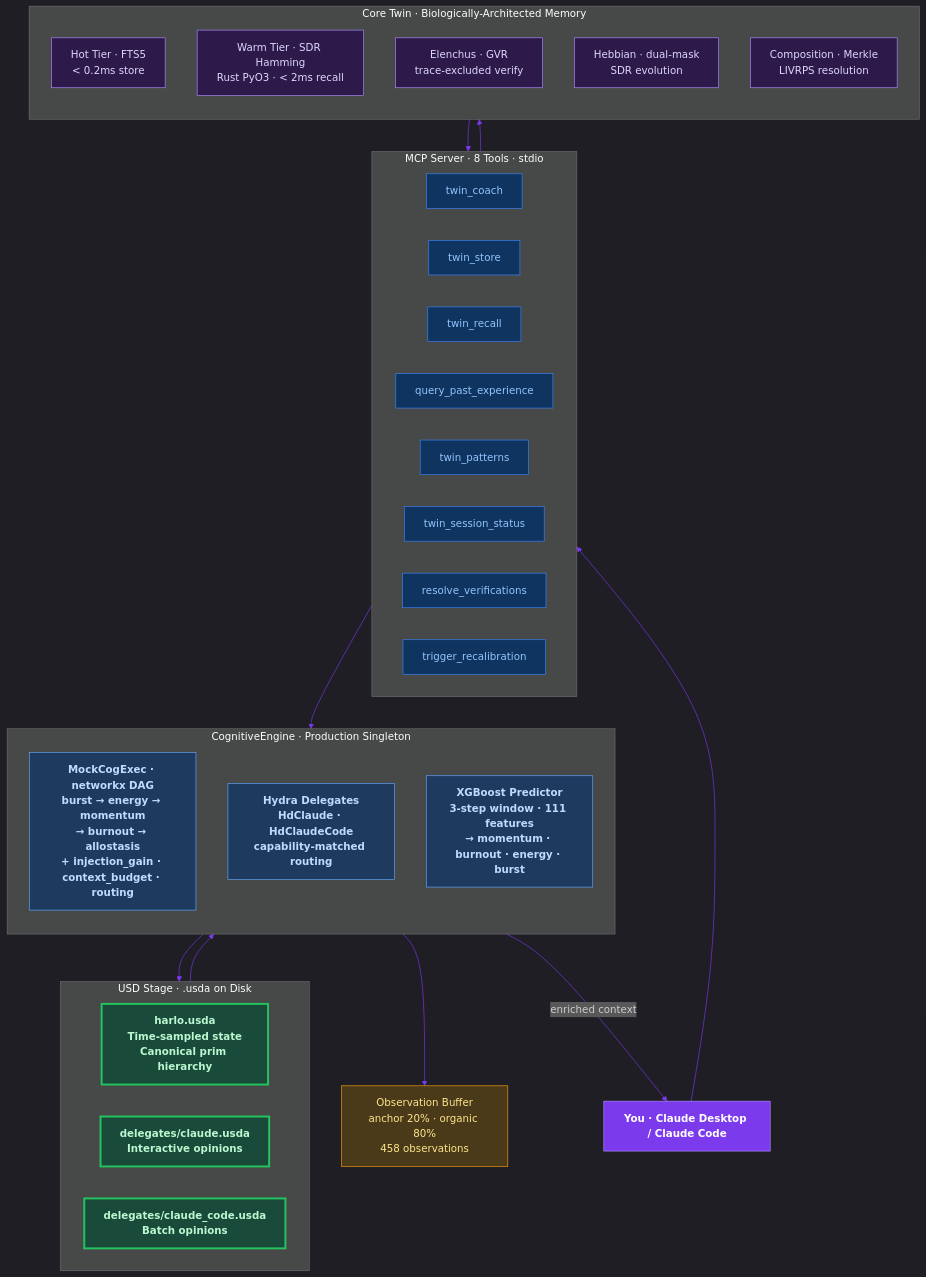
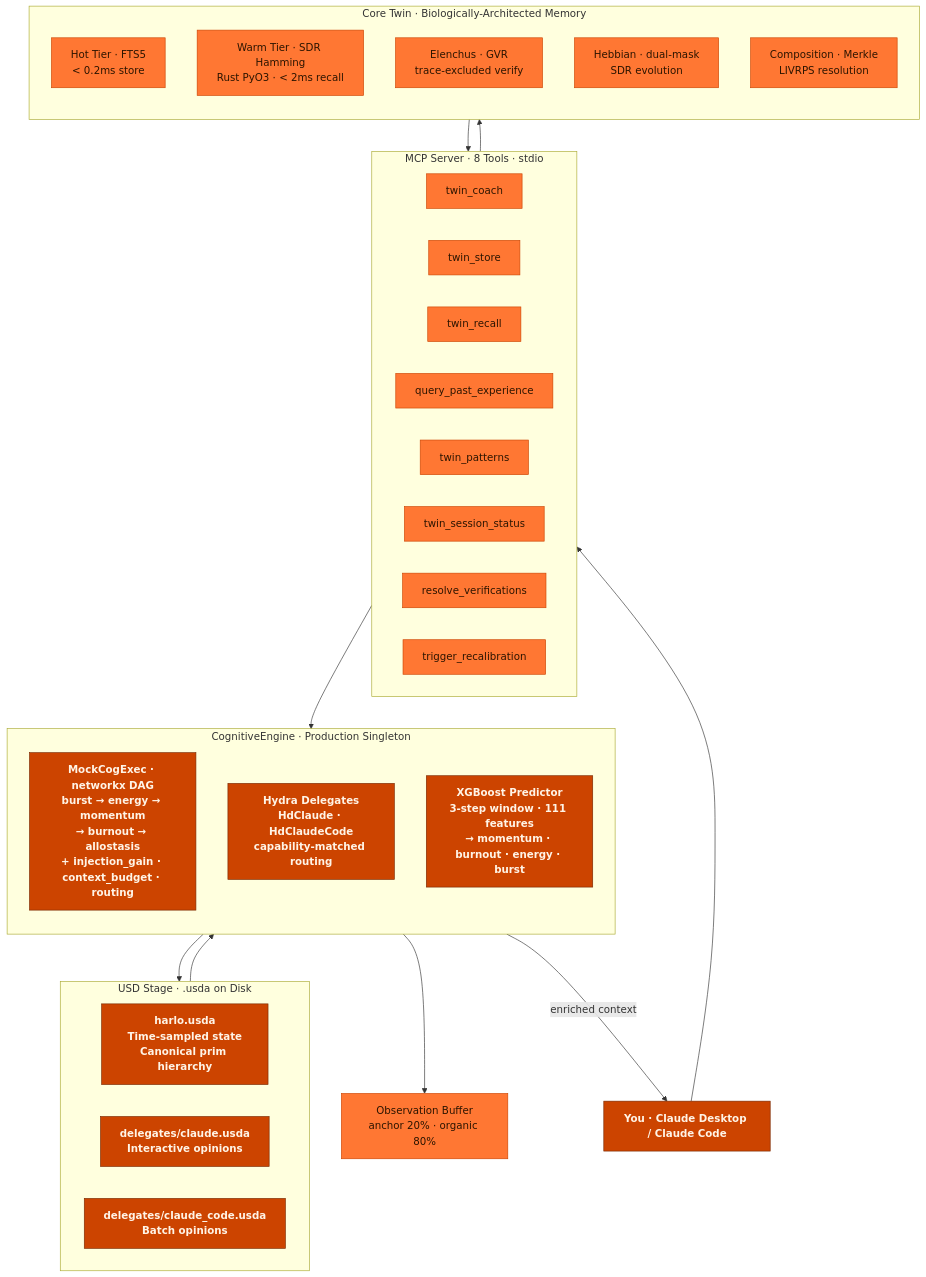
Before and after one commit to JosephOIbrahim/Harlo: the seventh of 11 diagrams in README.md, drawn with Mermaid. The commit also changed other lines of this file, not shown here.

First line of the commit message:
docs(readme): full v6.0-MOTOR refresh + two-tone-orange mermaid palette

````diff
--- a/README.md
+++ b/README.md
@@ -240,58 +380,53 @@
 ```mermaid
-%%{init: {'theme': 'dark', 'themeVariables': {'primaryColor': '#1a1a2e', 'primaryTextColor': '#e0e0e0', 'primaryBorderColor': '#7c3aed', 'lineColor': '#7c3aed', 'secondaryColor': '#16213e', 'tertiaryColor': '#0f3460'}}}%%
 graph TB
-    USER["You · Claude Desktop / Claude Code"]:::user
+    USER["You · Claude Desktop / Claude Code"]:::substrate
 
     subgraph MCP["MCP Server · 8 Tools · stdio"]
         direction LR
-        COACH["twin_coach"]:::tool
-        STORE["twin_store"]:::tool
-        RECALL["twin_recall"]:::tool
-        QPE["query_past_experience"]:::tool
-        PATTERNS["twin_patterns"]:::tool
-        SESSION["twin_session_status"]:::tool
-        RESOLVE["resolve_verifications"]:::tool
-        RECAL["trigger_recalibration"]:::tool
+        COACH["twin_coach"]:::runtime
+        STORE["twin_store"]:::runtime
+        RECALL["twin_recall"]:::runtime
+        QPE["query_past_experience"]:::runtime
+        PATTERNS["twin_patterns"]:::runtime
+        SESSION["twin_session_status"]:::runtime
+        RESOLVE["resolve_verifications"]:::runtime
+        RECAL["trigger_recalibration"]:::runtime
     end
 
     subgraph ENGINE["CognitiveEngine · Production Singleton"]
         direction TB
-        DAG["MockCogExec · networkx DAG\nburst → energy → momentum\n→ burnout → allostasis\n+ injection_gain · context_budget · routing"]:::engine
-        DELEGATES["Hydra Delegates\nHdClaude · HdClaudeCode\ncapability-matched routing"]:::engine
-        PREDICT["XGBoost Predictor\n3-step window · 111 features\n→ momentum · burnout · energy · burst"]:::engine
+        DAG["MockCogExec · networkx DAG<br/>burst → energy → momentum<br/>→ burnout → allostasis<br/>+ injection_gain · context_budget · routing"]:::substrate
+        DELEGATES["Hydra Delegates<br/>HdClaude · HdClaudeCode<br/>capability-matched routing"]:::substrate
+        PREDICT["XGBoost Predictor<br/>3-step window · 111 features<br/>→ momentum · burnout · energy · burst"]:::substrate
     end
 
     subgraph STAGE["USD Stage · .usda on Disk"]
         direction LR
-        ROOT["harlo.usda\nTime-sampled state\nCanonical prim hierarchy"]:::usd
-        CLAUDE_SUB["delegates/claude.usda\nInteractive opinions"]:::usd
-        CODE_SUB["delegates/claude_code.usda\nBatch opinions"]:::usd
+        ROOT["harlo.usda<br/>Time-sampled state<br/>Canonical prim hierarchy"]:::substrate
+        CLAUDE_SUB["delegates/claude.usda<br/>Interactive opinions"]:::substrate
+        CODE_SUB["delegates/claude_code.usda<br/>Batch opinions"]:::substrate
     end
 
     subgraph MEMORY["Core Twin · Biologically-Architected Memory"]
         direction TB
-        HOT["Hot Tier · FTS5\n< 0.2ms store"]:::memory
-        WARM["Warm Tier · SDR Hamming\nRust PyO3 · < 2ms recall"]:::memory
-        ELENCHUS["Elenchus · GVR\ntrace-excluded verify"]:::memory
-        HEBBIAN["Hebbian · dual-mask\nSDR evolution"]:::memory
-        COMPOSITION["Composition · Merkle\nLIVRPS resolution"]:::memory
+        HOT["Hot Tier · FTS5<br/>&lt; 0.2ms store"]:::runtime
+        WARM["Warm Tier · SDR Hamming<br/>Rust PyO3 · &lt; 2ms recall"]:::runtime
+        ELENCHUS["Elenchus · GVR<br/>trace-excluded verify"]:::runtime
+        HEBBIAN["Hebbian · dual-mask<br/>SDR evolution"]:::runtime
+        COMPOSITION["Composition · Merkle<br/>LIVRPS resolution"]:::runtime
     end
 
-    BUFFER["Observation Buffer\nanchor 20% · organic 80%\n458 observations"]:::buffer
+    BUFFER["Observation Buffer<br/>anchor 20% · organic 80%"]:::runtime
 
     USER --> MCP
     MCP --> ENGINE
     ENGINE --> STAGE
     ENGINE --> BUFFER
     STAGE --> ENGINE
     MCP --> MEMORY
     MEMORY --> MCP
     ENGINE -->|"enriched context"| USER
 
-    classDef user fill:#7c3aed,stroke:#a78bfa,color:#fff,font-weight:bold
-    classDef tool fill:#0f3460,stroke:#3b82f6,color:#93c5fd
-    classDef engine fill:#1e3a5f,stroke:#60a5fa,color:#bfdbfe,font-weight:bold
-    classDef usd fill:#1a4a3a,stroke:#22c55e,color:#bbf7d0,font-weight:bold,stroke-width:3px
-    classDef memory fill:#2e1a4a,stroke:#a78bfa,color:#ddd6fe
-    classDef buffer fill:#4a3a1a,stroke:#f59e0b,color:#fde68a
+    classDef substrate fill:#CC4400,stroke:#7A2900,color:#FFF4E6,font-weight:bold
+    classDef runtime fill:#FF7733,stroke:#CC4400,color:#2D1500
 ```
````
